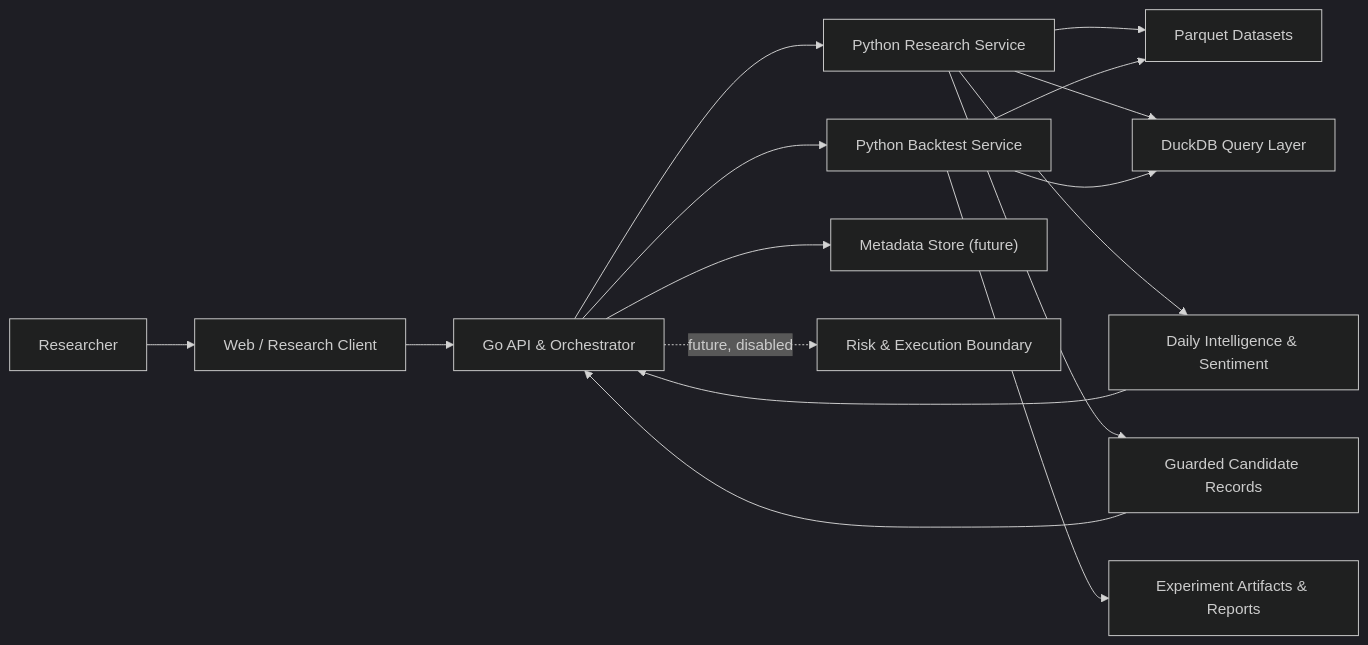
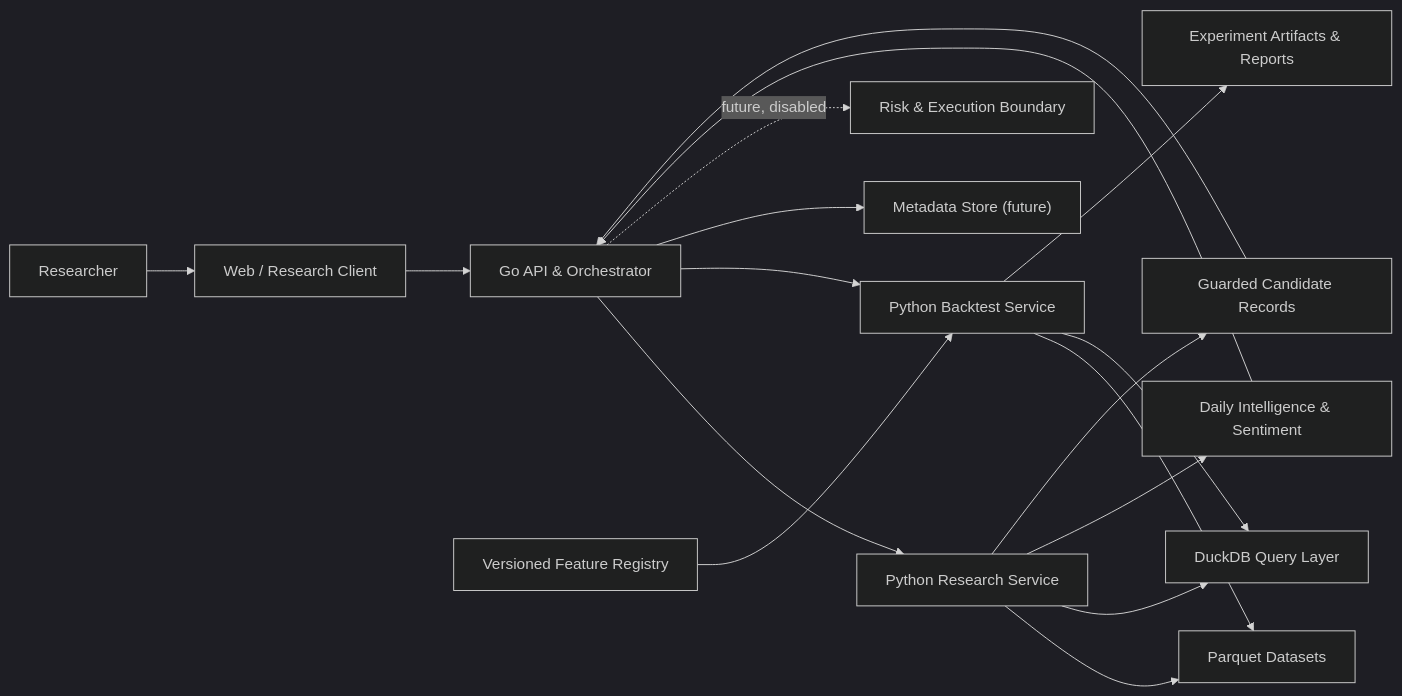
The first of 6 diagrams in ARCHITECTURE.md (yanzhang404/QuantOS), drawn with Mermaid (dark theme) before and after one commit. The commit also changed other lines of this file and 12 other files, not shown here.

Commit message:
Add versioned feature lineage

````diff
--- a/ARCHITECTURE.md
+++ b/ARCHITECTURE.md
@@ -44,18 +44,19 @@
 ```mermaid
 flowchart LR
     U["Researcher"] --> W["Web / Research Client"]
     W --> API["Go API & Orchestrator"]
     API --> R["Python Research Service"]
     API --> B["Python Backtest Service"]
     R --> D["Parquet Datasets"]
     B --> D
     R --> Q["DuckDB Query Layer"]
     B --> Q
     B --> X["Experiment Artifacts & Reports"]
+    F["Versioned Feature Registry"] --> B
     R --> I["Daily Intelligence & Sentiment"]
     R --> C["Guarded Candidate Records"]
     I --> API
     C --> API
     API --> M["Metadata Store (future)"]
     API -. "future, disabled" .-> K["Risk & Execution Boundary"]
 ```
````
